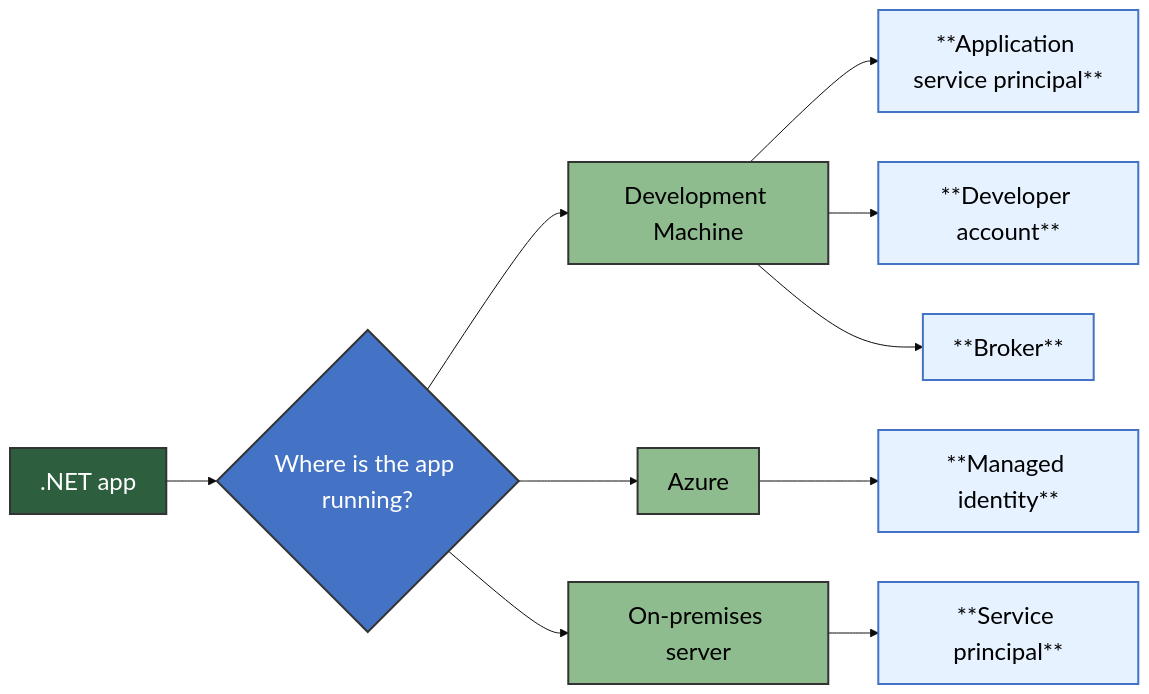
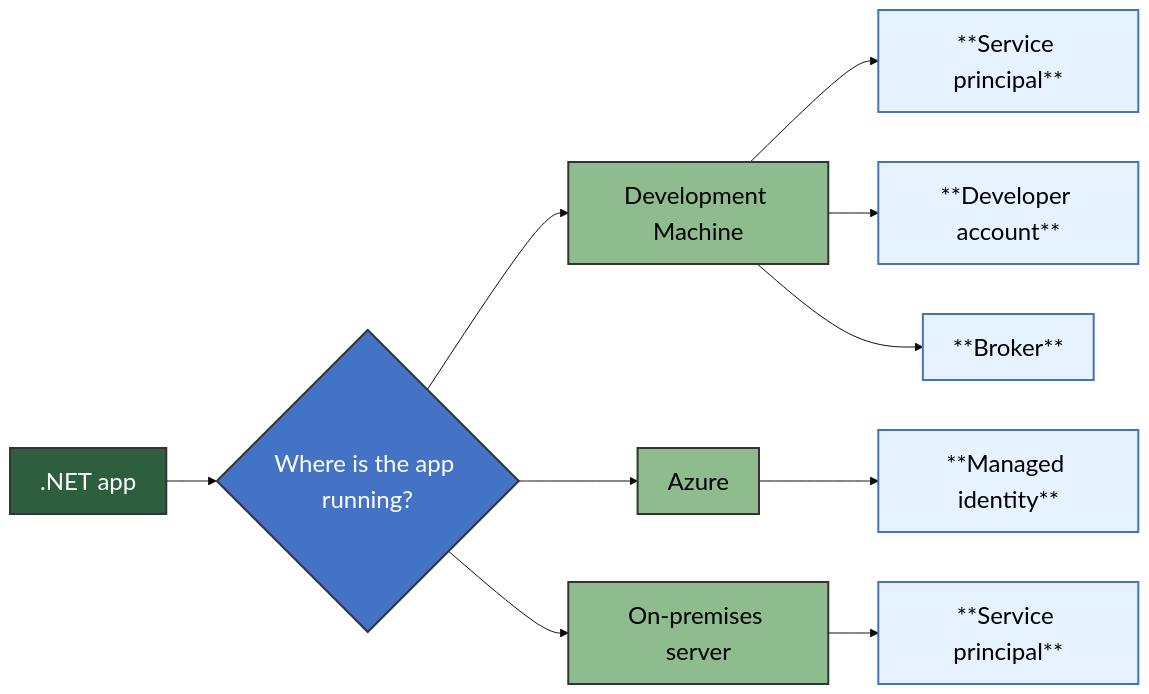
Before and after one commit to dotnet/docs: the diagram in docs/azure/sdk/media/mermaidjs/authentication-environments.md, drawn with Mermaid. The commit also changed 1 other file, not shown here.

Commit message:
Apply suggestions from code review

````diff
--- a/docs/azure/sdk/media/mermaidjs/authentication-environments.md
+++ b/docs/azure/sdk/media/mermaidjs/authentication-environments.md
@@ -6,42 +6,42 @@
 ```mermaid
 %% STEPS TO GENERATE IMAGE 
 %% ======================= 
 %% 1. Install mermaid CLI v10.9.1 (see https://github.com/mermaid-js/mermaid-cli/blob/master/README.md): 
 %%    npm i -g @mermaid-js/mermaid-cli@10.9.1 
 %% 2. Run command: mmdc -i authentication-environments.md -o ../../media/mermaidjs/authentication-environments.svg 
 
 %%{init: {'theme':'base', 'themeVariables': { 'primaryColor': '#fff', 'edgeLabelBackground':'#fff', 'fontSize': '24px'}}}%%
 flowchart LR
     NetApp[".NET app"]
     Q1{Where is the app running?}
     
     NetApp --> Q1
     
     %% Local Development Machine Branch
     Q1 --> LocalDev[Development Machine]
-    LocalDev --> AppSP["**Application service principal**"]
+    LocalDev --> AppSP["**Service principal**"]
     LocalDev --> DevAccount["**Developer account**"]
     LocalDev --> Broker["**Broker**"]
     
     %% Azure Branch
     Q1 --> AzureApp[Azure]
     AzureApp --> ManagedId["**Managed identity**"]
     
     %% On-premises Server Branch
     Q1 --> OnPremApp[On-premises server]
     OnPremApp --> ServicePrincipal["**Service principal**"]
 
     %% Styling
     classDef questionBox fill:#4472C4,stroke:#333,stroke-width:2px,color:#fff,font-size:24px
     classDef authMethod fill:#e6f2ff,stroke:#4472C4,stroke-width:2px,color:#000,font-size:24px
     classDef envNode fill:#8fbc8f,stroke:#333,stroke-width:2px,color:#000,font-size:24px
     classDef startNode fill:#2d5f3f,stroke:#333,stroke-width:2px,color:#fff,font-size:24px
     
     %% Edge label styling
     linkStyle default font-size:24px
     
     class NetApp startNode
     class Q1 questionBox
     class AppSP,DevAccount,Broker,ManagedId,ServicePrincipal authMethod
     class LocalDev,AzureApp,OnPremApp envNode
 ```
````
